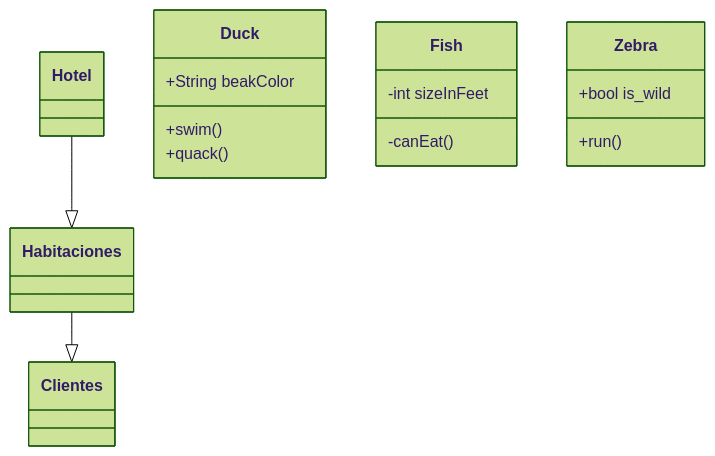
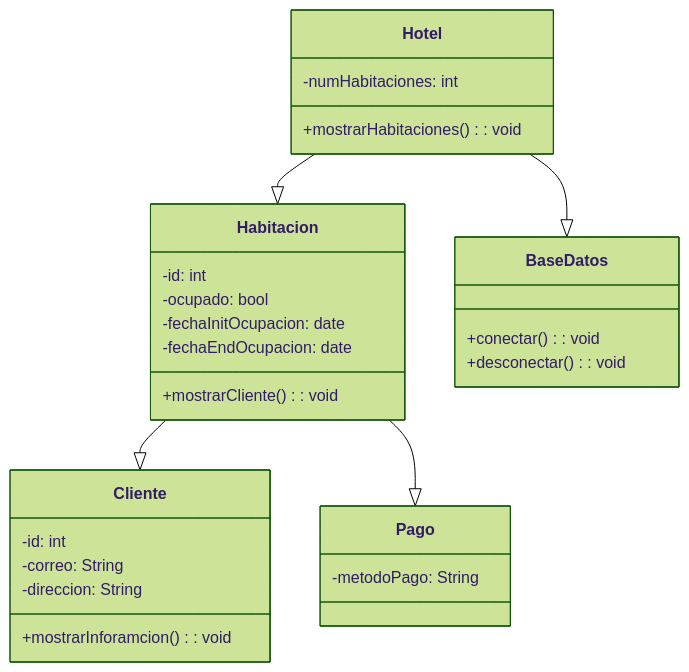
The diagram in README.md (puj-course/fis_2024_g1), drawn with Mermaid (forest theme) before and after one commit. The commit also changed other lines of this file, not shown here.

Commit message:
Actualizacion de README #2
Se actualizo el README.md con diagrama de clases y diagrama de Casos de Uso, junto con un indice para mayor facilidad en la busqueda de secciones

````diff
--- a/README.md
+++ b/README.md
@@ -41,19 +37,36 @@
 ```mermaid
  classDiagram
-      Hotel --|> Habitaciones
-      Habitaciones --|> Clientes
-      class Duck{
-          +String beakColor
-          +swim()
-          +quack()
-       }
-      class Fish{
-          -int sizeInFeet
-          -canEat()
-      }
-      class Zebra{
-          +bool is_wild
-          +run()
-      }  
+    Hotel --|> Habitacion
+    Hotel --|> BaseDatos
+    Habitacion --|> Cliente
+    Habitacion --|> Pago 
+
+    class Pago{
+        -metodoPago: String 
+    }
+
+    class Habitacion{
+        -id: int
+        -ocupado: bool
+        -fechaInitOcupacion: date
+        -fechaEndOcupacion: date
+        +mostrarCliente(): void
+    }
+    class Hotel{
+        -numHabitaciones: int
+        +mostrarHabitaciones(): void
+    }
+
+    class Cliente{
+        -id: int
+        -correo: String
+        -direccion: String
+        +mostrarInforamcion(): void
+    }  
+
+    class BaseDatos{
+        +conectar(): void
+        +desconectar(): void   
+    }
     
 ```
````
